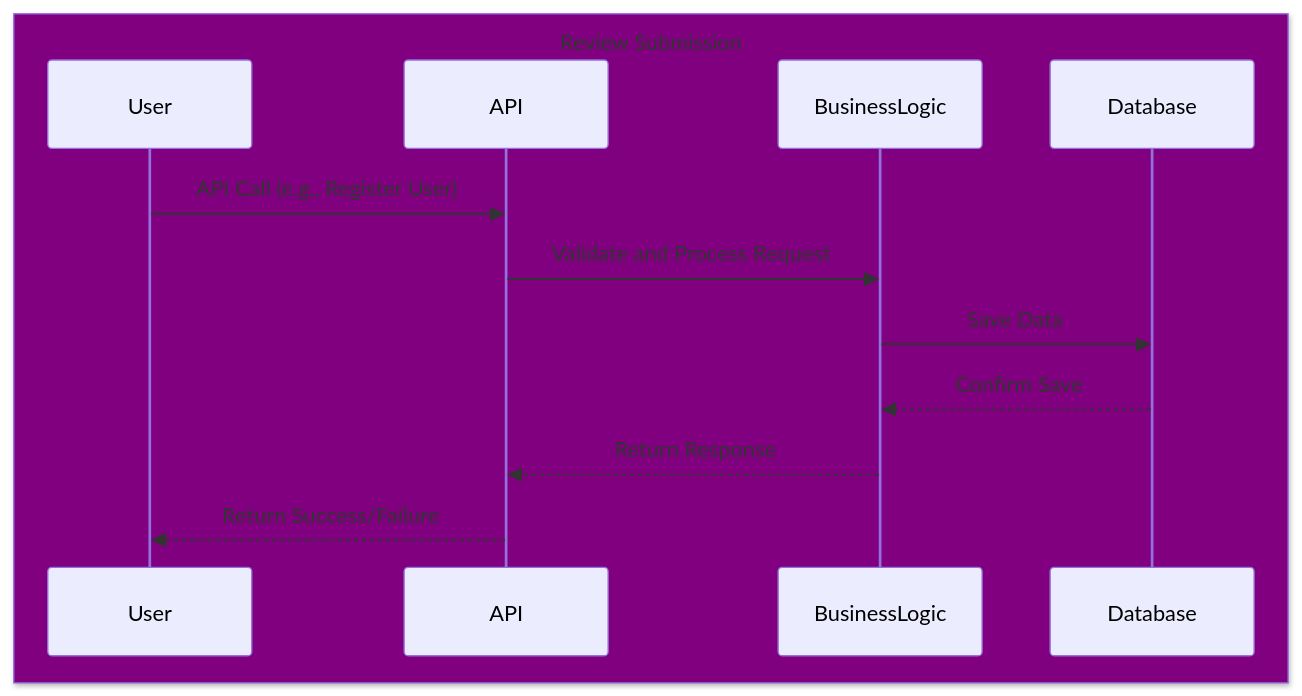
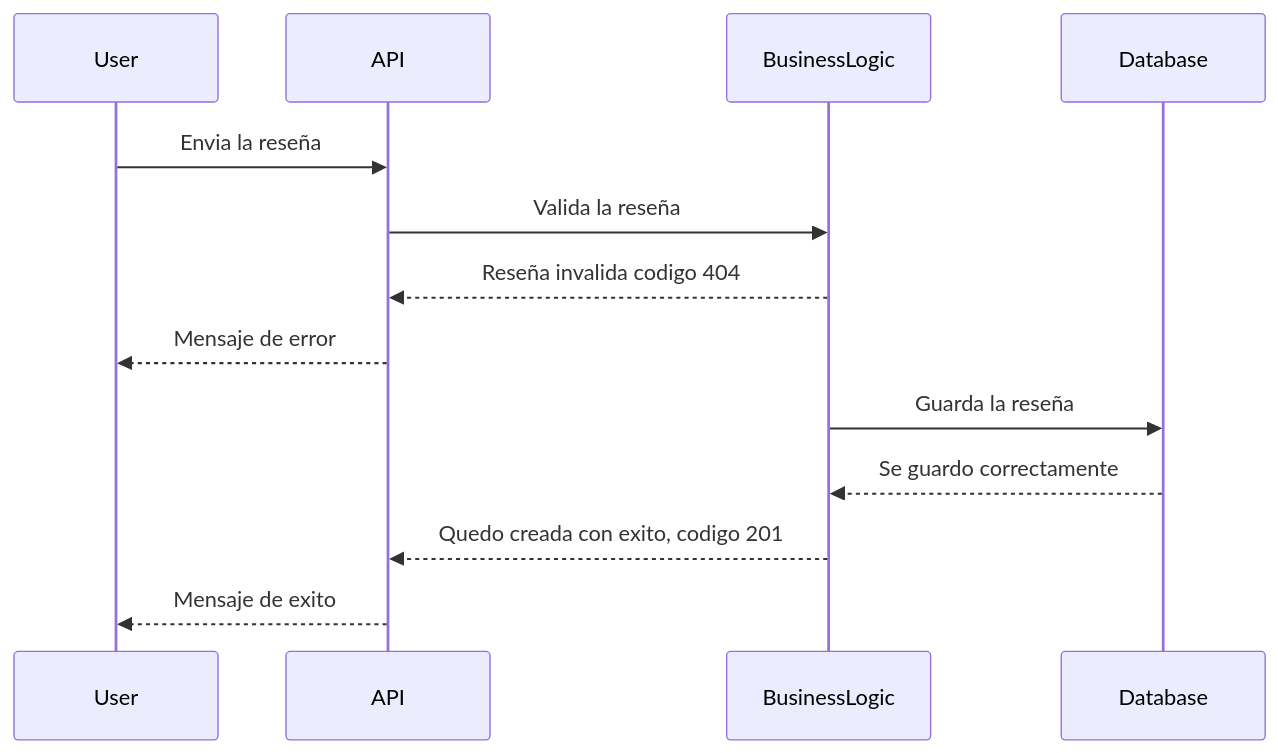
One commit to feratholberton/holbertonschool-hbnb changed the fifth of 6 diagrams in README.md. Above: the diagram before and after it, drawn with Mermaid.

Commit message:
Review Submission sequence

````diff
--- a/README.md
+++ b/README.md
@@ -202,15 +202,16 @@
 ```mermaid
 sequenceDiagram
-box Purple Review Submission
-    participant User
-    participant API
-    participant BusinessLogic
-    participant Database
-end
-User->>API: API Call (e.g., Register User)
-API->>BusinessLogic: Validate and Process Request
-BusinessLogic->>Database: Save Data
-Database-->>BusinessLogic: Confirm Save
-BusinessLogic-->>API: Return Response
-API-->>User: Return Success/Failure
+participant User
+participant API
+participant BusinessLogic
+participant Database
+
+User->>API: Envia la reseña
+API->>BusinessLogic: Valida la reseña
+BusinessLogic -->> API: Reseña invalida codigo 404
+API -->> User: Mensaje de error 
+BusinessLogic ->> Database: Guarda la reseña
+Database-->>BusinessLogic: Se guardo correctamente 
+BusinessLogic-->>API: Quedo creada con exito, codigo 201 
+API-->>User: Mensaje de exito 
 ```
````
